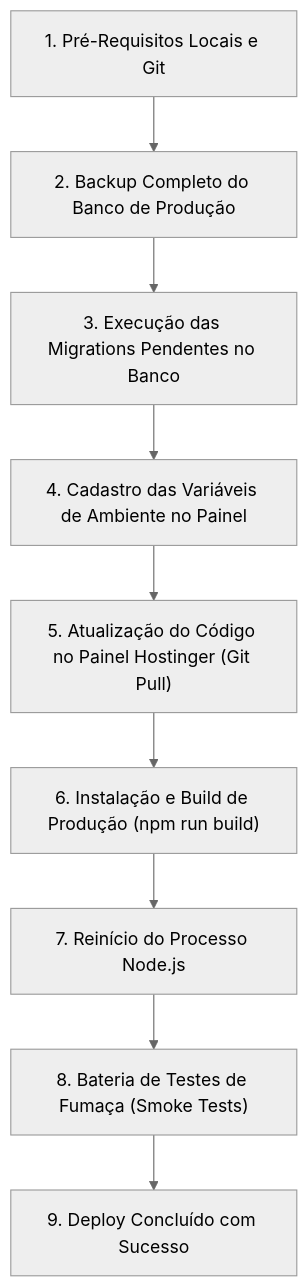
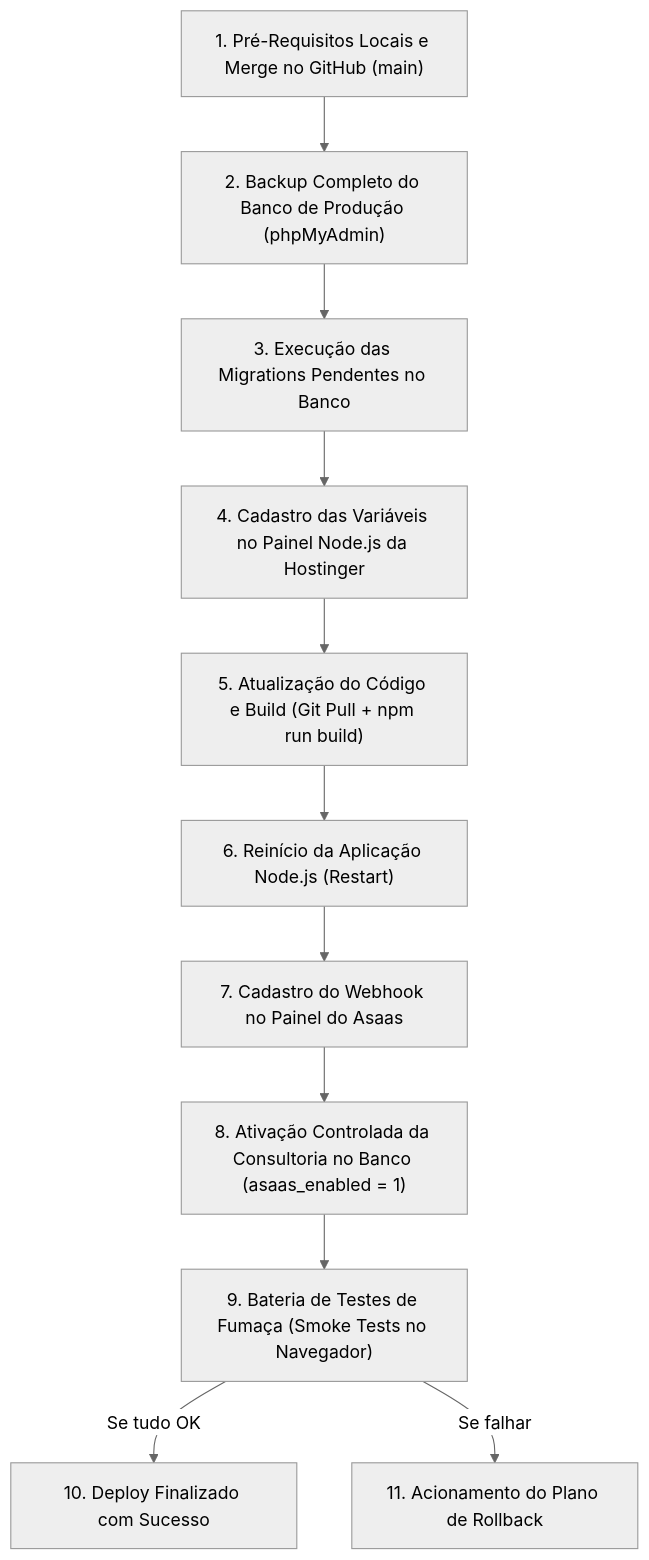
The diagram in docs/deploy-hostinger-checklist.md (teteuziin/trevoone), drawn with Mermaid (neutral theme) before and after one commit. The commit also changed other lines of this file, not shown here.

Commit message:
docs(deploy): refine rollback plan, eliminate env ambiguity and validate step sequence

````diff
--- a/docs/deploy-hostinger-checklist.md
+++ b/docs/deploy-hostinger-checklist.md
@@ -29,11 +29,13 @@
 ```mermaid
 flowchart TD
-    A["1. Pré-Requisitos Locais e Git"] --> B["2. Backup Completo do Banco de Produção"]
+    A["1. Pré-Requisitos Locais e Merge no GitHub (main)"] --> B["2. Backup Completo do Banco de Produção (phpMyAdmin)"]
     B --> C["3. Execução das Migrations Pendentes no Banco"]
-    C --> D["4. Cadastro das Variáveis de Ambiente no Painel"]
-    D --> E["5. Atualização do Código no Painel Hostinger (Git Pull)"]
-    E --> F["6. Instalação e Build de Produção (npm run build)"]
-    F --> G["7. Reinício do Processo Node.js"]
-    G --> H["8. Bateria de Testes de Fumaça (Smoke Tests)"]
-    H --> I["9. Deploy Concluído com Sucesso"]
+    C --> D["4. Cadastro das Variáveis no Painel Node.js da Hostinger"]
+    D --> E["5. Atualização do Código e Build (Git Pull + npm run build)"]
+    E --> F["6. Reinício da Aplicação Node.js (Restart)"]
+    F --> G["7. Cadastro do Webhook no Painel do Asaas"]
+    G --> H["8. Ativação Controlada da Consultoria no Banco (asaas_enabled = 1)"]
+    H --> I["9. Bateria de Testes de Fumaça (Smoke Tests no Navegador)"]
+    I -->|Se tudo OK| J["10. Deploy Finalizado com Sucesso"]
+    I -->|Se falhar| K["11. Acionamento do Plano de Rollback"]
 ```
````
